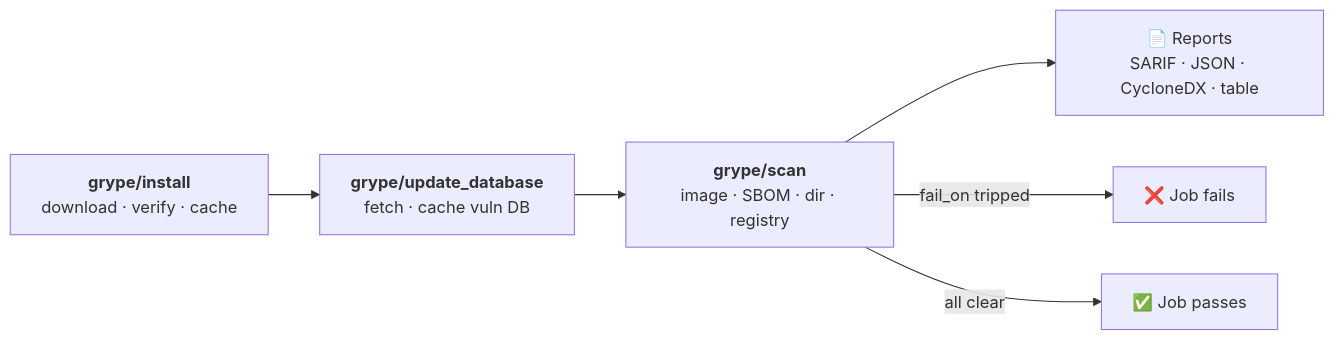
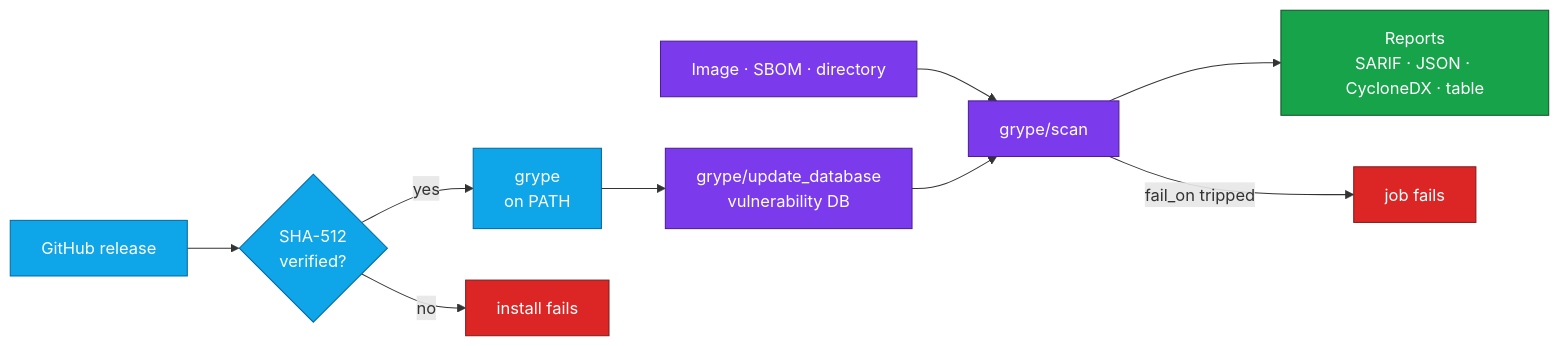
Before and after one commit to juburr/grype-orb: the diagram in README.md, drawn with Mermaid. The commit also changed other lines of this file, not shown here.

````diff
--- a/README.md
+++ b/README.md
@@ -58,8 +75,20 @@
 ```mermaid
 flowchart LR
-    A["<b>grype/install</b><br/>download · verify · cache"] --> B["<b>grype/update_database</b><br/>fetch · cache vuln DB"]
-    B --> C["<b>grype/scan</b><br/>image · SBOM · dir · registry"]
-    C --> D["📄 Reports<br/>SARIF · JSON · CycloneDX · table"]
-    C -- "fail_on tripped" --> F["❌ Job fails"]
-    C -- "all clear" --> G["✅ Job passes"]
+    gh["GitHub release"] --> sha{"SHA-512<br/>verified?"}
+    sha -- yes --> bin["grype<br/>on PATH"]
+    sha -- no --> stop["install fails"]
+    bin --> db["grype/update_database<br/>vulnerability DB"]
+    src["Image · SBOM · directory"] --> scan["grype/scan"]
+    db --> scan
+    scan --> report["Reports<br/>SARIF · JSON · CycloneDX · table"]
+    scan -- "fail_on tripped" --> fail["job fails"]
+
+    classDef install fill:#0EA5E9,stroke:#0369A1,color:#FFFFFF
+    classDef tool fill:#7C3AED,stroke:#4C1D95,color:#FFFFFF
+    classDef good fill:#16A34A,stroke:#14532D,color:#FFFFFF
+    classDef bad fill:#DC2626,stroke:#7F1D1D,color:#FFFFFF
+    class gh,sha,bin install
+    class db,src,scan tool
+    class report good
+    class stop,fail bad
 ```
````
